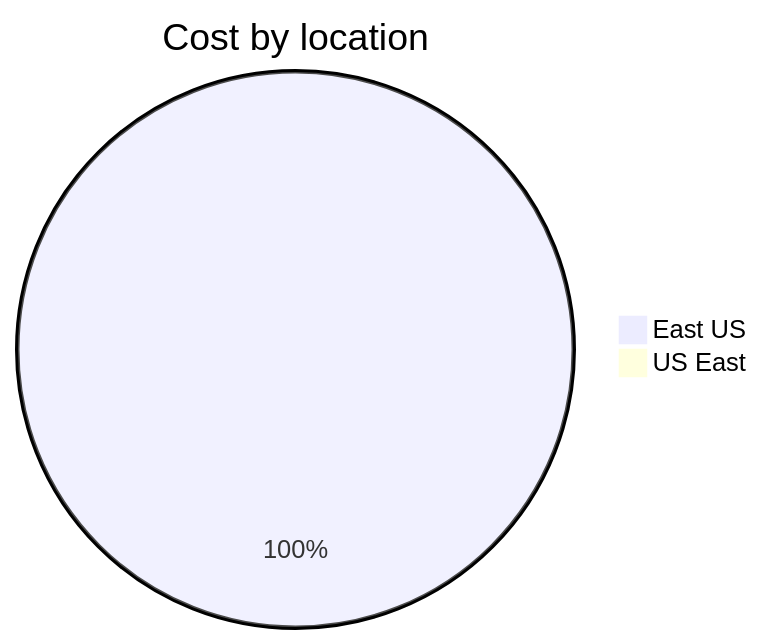
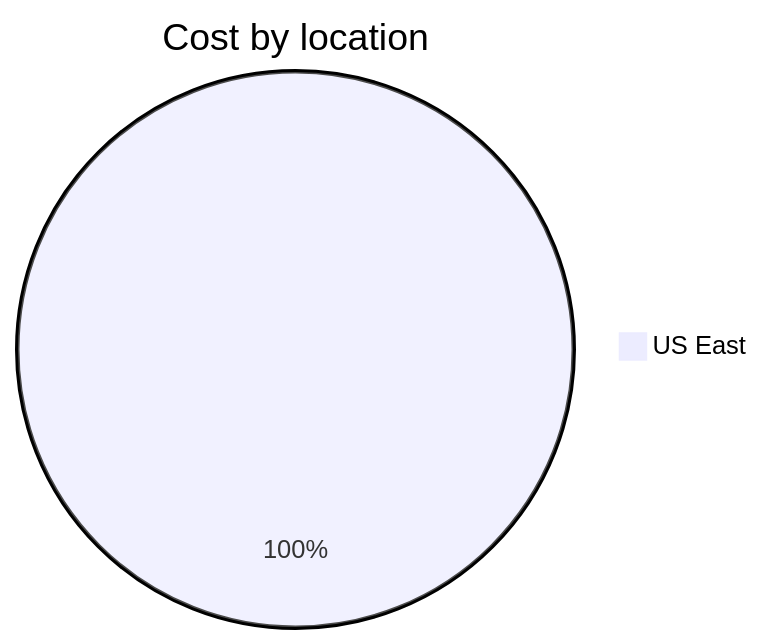
One commit to jpfulton/azure-personal-reports changed the third of 4 diagrams in cost-reports/cloud-shell-storage-eastus/README.md. Above: the diagram before and after it, drawn with Mermaid. The commit also changed other lines of this file and 1 other file, not shown here.

````diff
--- a/cost-reports/cloud-shell-storage-eastus/README.md
+++ b/cost-reports/cloud-shell-storage-eastus/README.md
@@ -106,6 +105,5 @@
 ```mermaid
 pie
    title Cost by location
-   "East US" : 0.02
-   "US East" : 0.00
+   "US East" : 0.02
 ```
````
